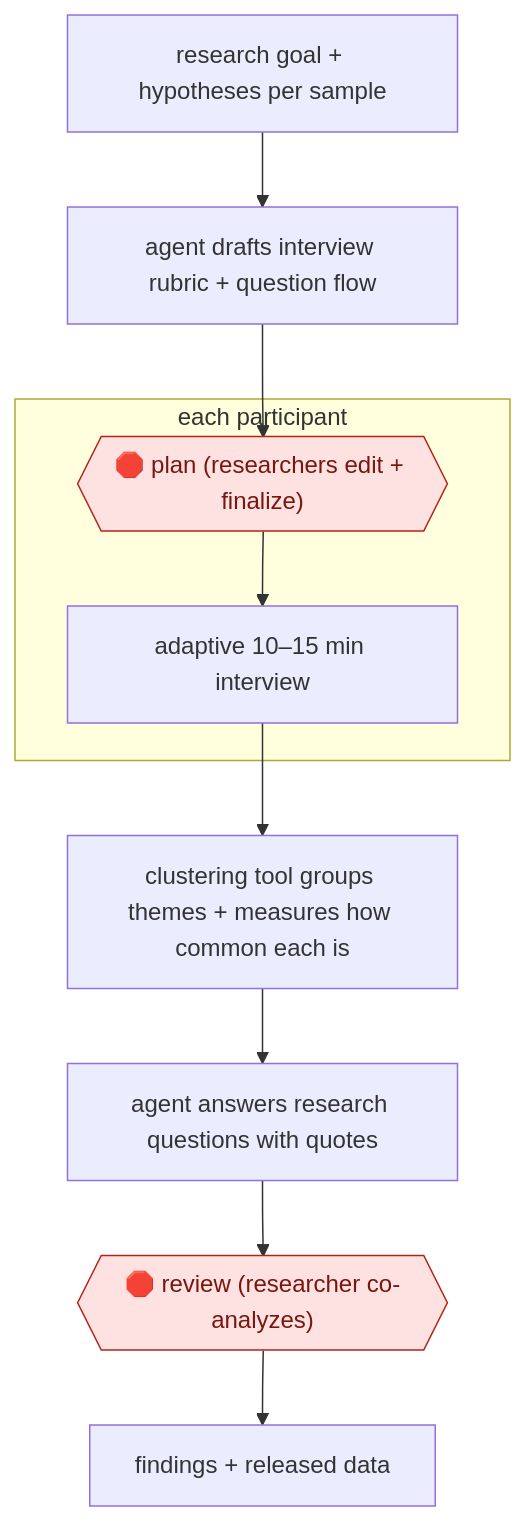
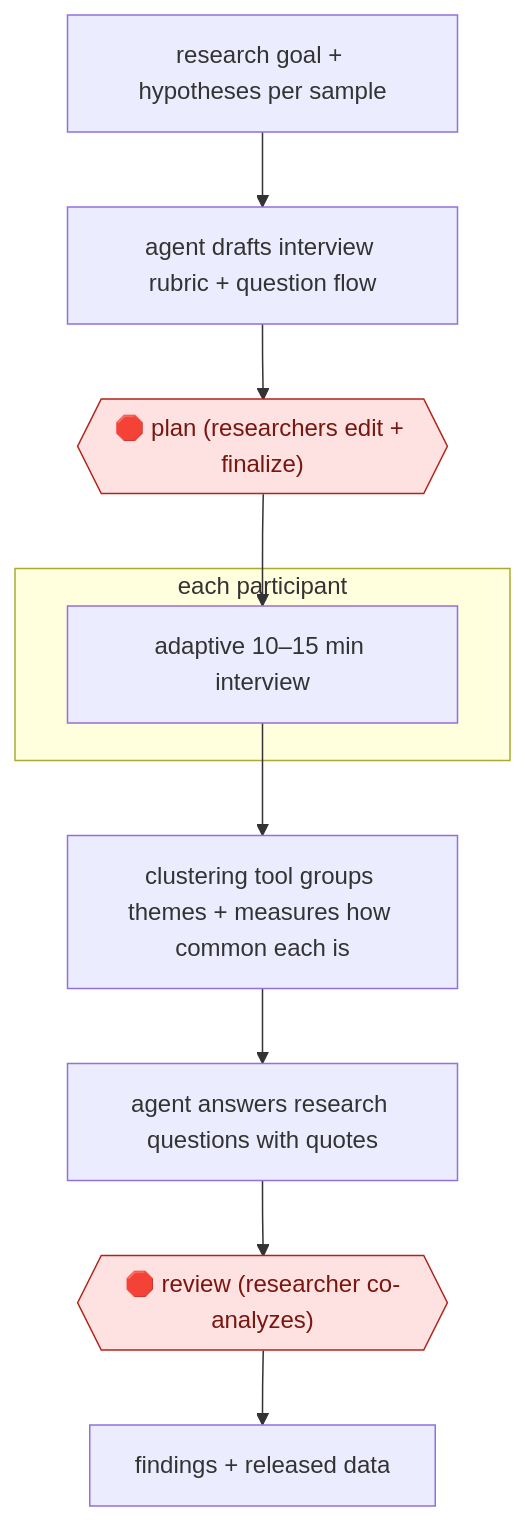
One commit to milesradford99/agent-workflow-atlas changed the diagram in workflows/TEC/PRD/UXR/agent-run-interviews/README.md. Above: the diagram before and after it, drawn with Mermaid. The commit also changed other lines of this file and 171 other files, not shown here.

````diff
--- a/workflows/TEC/PRD/UXR/agent-run-interviews/README.md
+++ b/workflows/TEC/PRD/UXR/agent-run-interviews/README.md
@@ -31,21 +31,21 @@
 ```mermaid
 flowchart TD
   n1["research goal + hypotheses per sample"]
   n2["agent drafts interview rubric + question flow"]
-  n1 --> n2
   n3{{"🛑 plan (researchers edit + finalize)"}}:::stop
-  n2 --> n3
   subgraph s4["each participant"]
   n5["adaptive 10–15 min interview"]
-  n3 --> n5
   end
   n6["clustering tool groups themes + measures how common each is"]
+  n7["agent answers research questions with quotes"]
+  n8{{"🛑 review (researcher co-analyzes)"}}:::stop
+  n9["findings + released data"]
+  n1 --> n2
+  n2 --> n3
+  n3 --> n5
   n5 --> n6
-  n7["agent answers research questions with quotes"]
   n6 --> n7
-  n8{{"🛑 review (researcher co-analyzes)"}}:::stop
   n7 --> n8
-  n9["findings + released data"]
   n8 --> n9
   classDef stop fill:#fde2e1,stroke:#b42318,color:#7a1610
 ```
````
